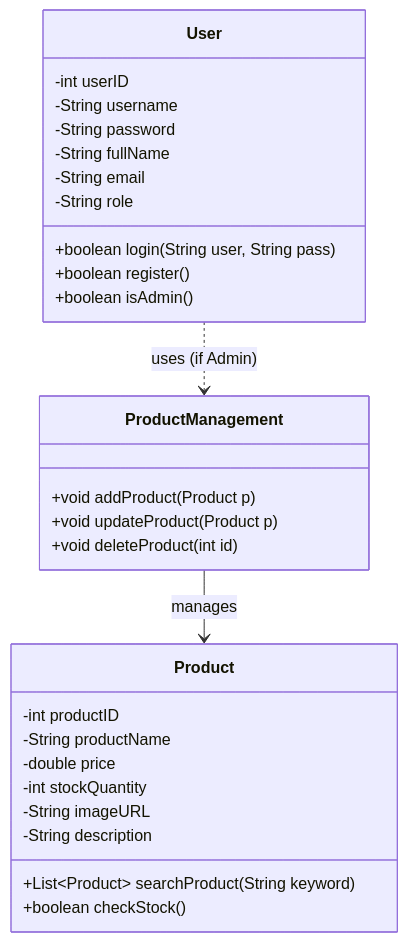
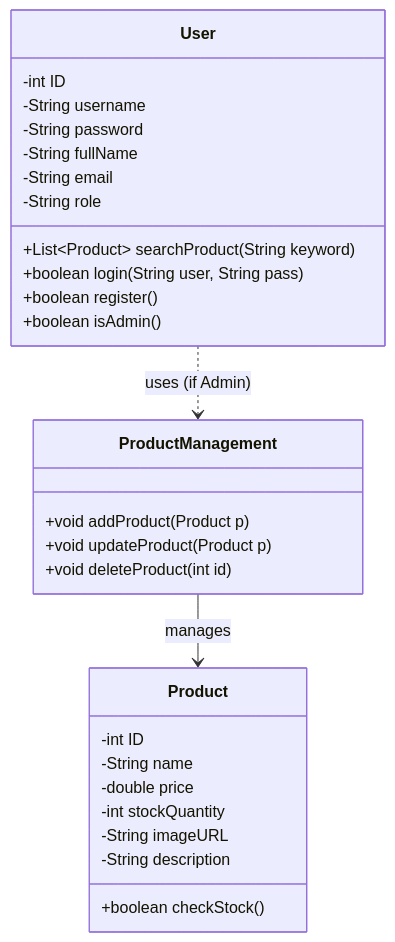
One commit to LeTranQuocDung/E-Commerce-Simulation-shopee changed the fourth of 4 diagrams in docs/analysis/user_product.md. Above: the diagram before and after it, drawn with Mermaid.

Commit message:
user_product

````diff
--- a/docs/analysis/user_product.md
+++ b/docs/analysis/user_product.md
@@ -62,35 +62,35 @@
 ```mermaid
 classDiagram
     class User {
-        -int userID
+        -int ID
         -String username
         -String password
         -String fullName
         -String email
         -String role
+        +List~Product~ searchProduct(String keyword)
         +boolean login(String user, String pass)
         +boolean register()
         +boolean isAdmin()
     }
 
     class Product {
-        -int productID
-        -String productName
+        -int ID
+        -String name
         -double price
         -int stockQuantity
         -String imageURL
         -String description
-        +List~Product~ searchProduct(String keyword)
         +boolean checkStock()
     }
 
     class ProductManagement {
         +void addProduct(Product p)
         +void updateProduct(Product p)
         +void deleteProduct(int id)
     }
 
     %% Relationships
     User ..> ProductManagement : uses (if Admin)
     ProductManagement --> Product : manages
 ```
````
